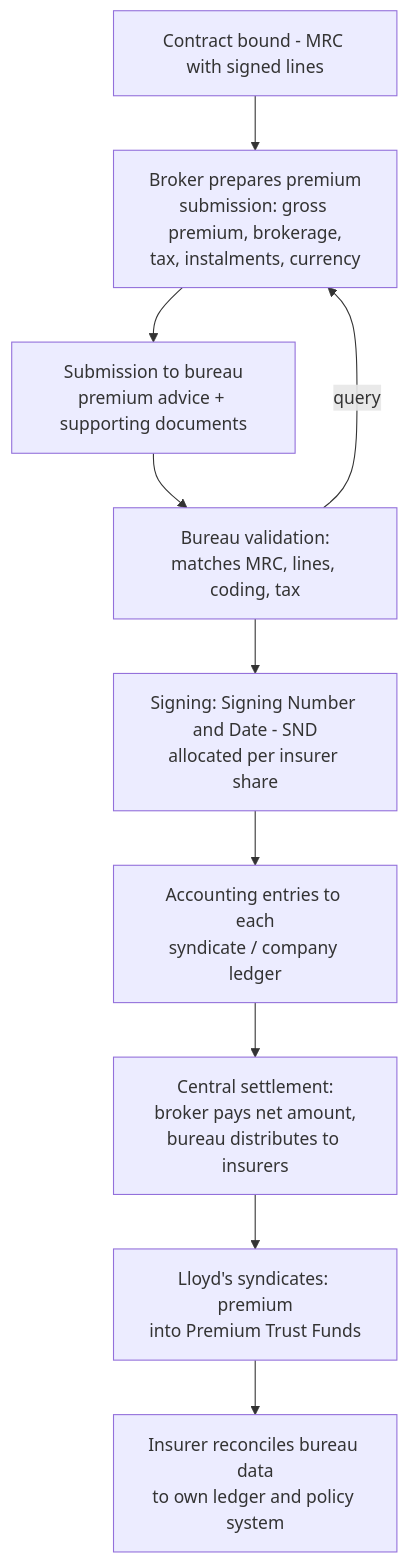
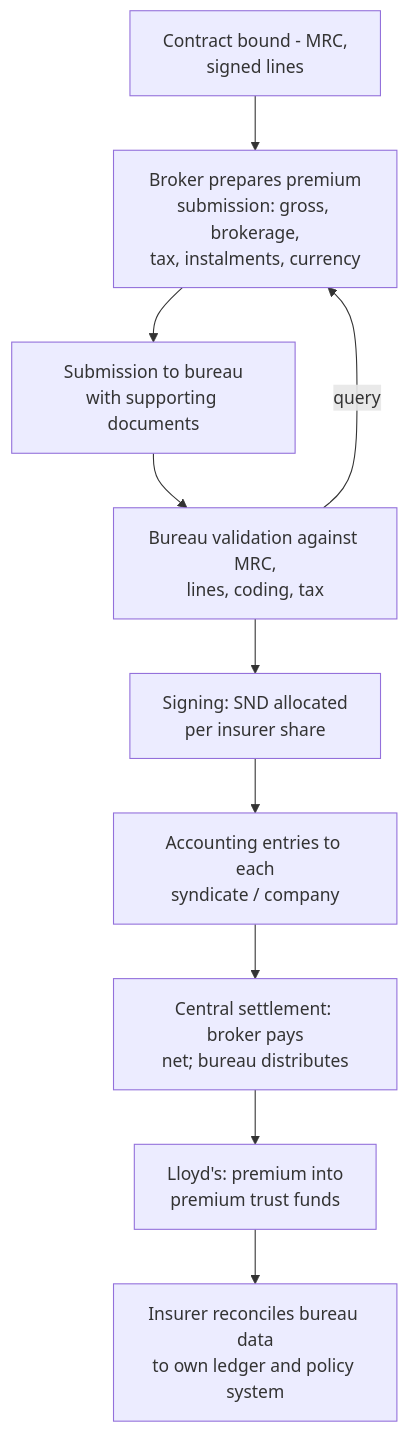
The first of 3 diagrams in london-market-lloyds-guide/06-Intermediate-Accounting-Settlement-Claims-Reinsurance.md (gazal-gupta/Insurance-Domain), drawn with Mermaid before and after one commit. The commit also changed other lines of this file and 5 other files, not shown here.

````diff
--- a/london-market-lloyds-guide/06-Intermediate-Accounting-Settlement-Claims-Reinsurance.md
+++ b/london-market-lloyds-guide/06-Intermediate-Accounting-Settlement-Claims-Reinsurance.md
@@ -28,12 +41,12 @@
 ```mermaid
 flowchart TB
-  A[Contract bound - MRC with signed lines] --> B[Broker prepares premium<br/>submission: gross premium, brokerage,<br/>tax, instalments, currency]
-  B --> C[Submission to bureau<br/>premium advice + supporting documents]
-  C --> D[Bureau validation:<br/>matches MRC, lines, coding, tax]
+  A[Contract bound - MRC,<br/>signed lines] --> B[Broker prepares premium<br/>submission: gross, brokerage,<br/>tax, instalments, currency]
+  B --> C[Submission to bureau<br/>with supporting documents]
+  C --> D[Bureau validation against MRC,<br/>lines, coding, tax]
   D -- query --> B
-  D --> E[Signing: Signing Number and Date - SND<br/>allocated per insurer share]
-  E --> F[Accounting entries to each<br/>syndicate / company ledger]
-  F --> G[Central settlement:<br/>broker pays net amount,<br/>bureau distributes to insurers]
-  G --> H[Lloyd's syndicates: premium<br/>into Premium Trust Funds]
+  D --> E[Signing: SND allocated<br/>per insurer share]
+  E --> F[Accounting entries to each<br/>syndicate / company]
+  F --> G[Central settlement: broker pays<br/>net; bureau distributes]
+  G --> H[Lloyd's: premium into<br/>premium trust funds]
   H --> I[Insurer reconciles bureau data<br/>to own ledger and policy system]
 ```
````
